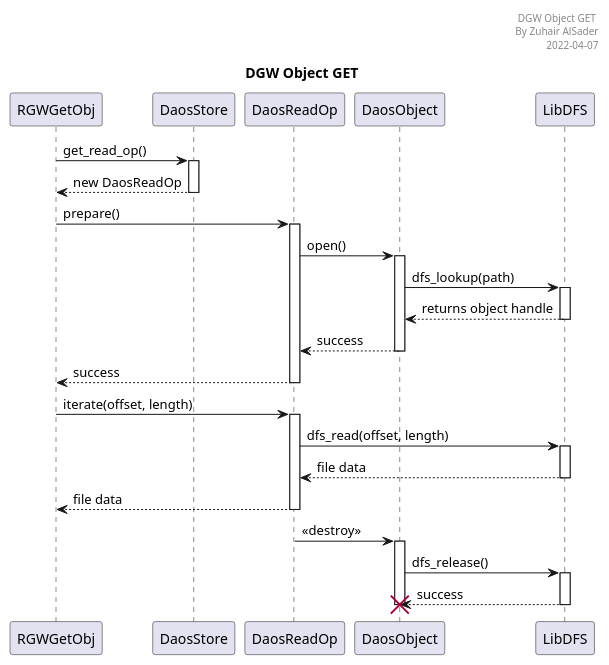
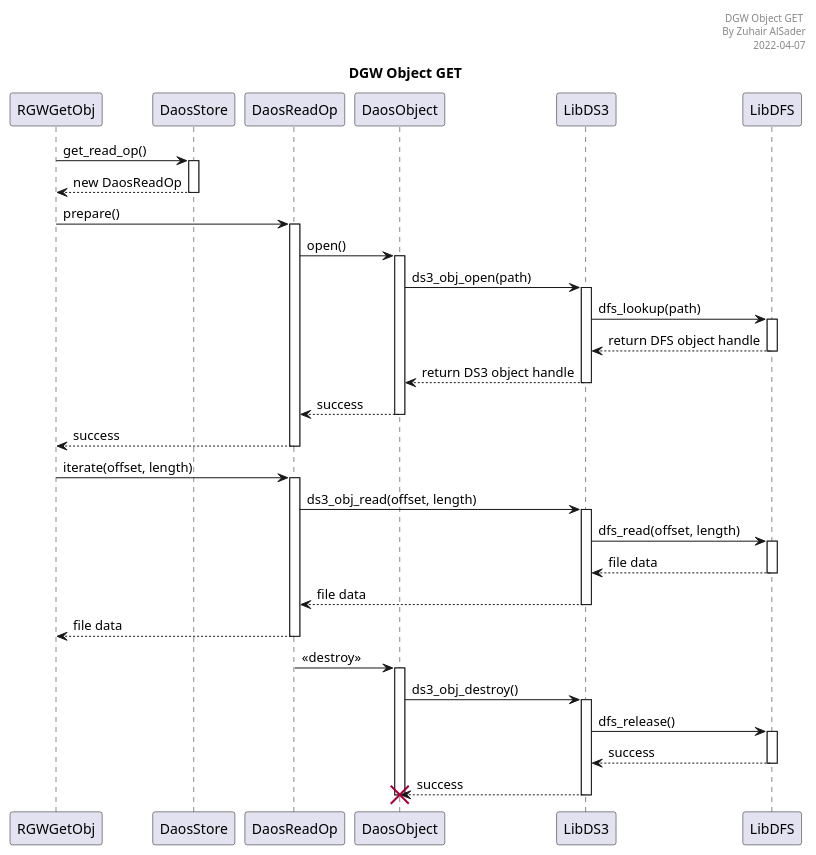
One commit to zalsader/DGW-ops changed the diagram in DGW_Object_GET.plantuml. Above: the diagram before and after it, drawn with PlantUML. The commit also changed 2 other files, not shown here.

Commit message:
Update charts for libds3

```diff
--- a/DGW_Object_GET.plantuml
+++ b/DGW_Object_GET.plantuml
@@ -1,37 +1,44 @@
 @startuml DGW Object GET
 
 header DGW Object GET \n By Zuhair AlSader\n2022-04-07
 title DGW Object GET
 
 participant "RGWGetObj" as rgw
 participant "DaosStore" as store
 participant "DaosReadOp" as readop
 participant "DaosObject" as object
+participant "LibDS3" as libds3
 participant "LibDFS" as libdfs
 
 autoactivate on
 
 rgw -> store: get_read_op()
 store --> rgw: new DaosReadOp
 
 
 rgw -> readop: prepare()
 readop -> object: open()
 
-object -> libdfs: dfs_lookup(path)
-libdfs --> object: returns object handle
+object -> libds3: ds3_obj_open(path)
+libds3 -> libdfs: dfs_lookup(path)
+libdfs --> libds3: return DFS object handle
+libds3 --> object: return DS3 object handle
 
 object --> readop: success
 readop --> rgw: success
 
 rgw -> readop: iterate(offset, length)
-readop-> libdfs: dfs_read(offset, length)
-libdfs --> readop: file data
+readop-> libds3: ds3_obj_read(offset, length)
+libds3-> libdfs: dfs_read(offset, length)
+libdfs --> libds3: file data
+libds3 --> readop: file data
 readop --> rgw: file data
 
 readop -> object: <<destroy>>
-object -> libdfs: dfs_release()
-libdfs --> object: success
+object -> libds3: ds3_obj_destroy()
+libds3 -> libdfs: dfs_release()
+libdfs --> libds3: success
+libds3 --> object: success
 destroy object
 
 @enduml
```
